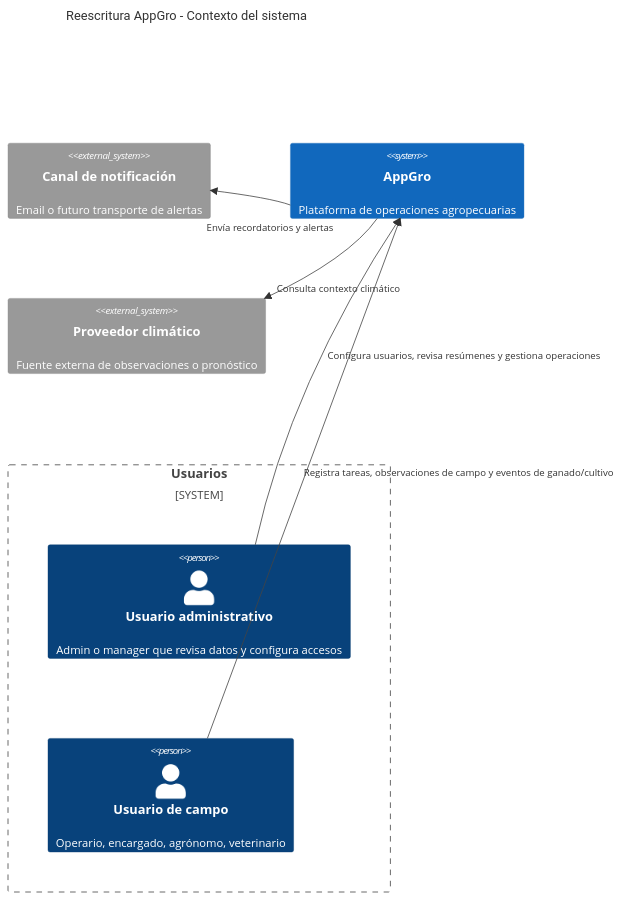
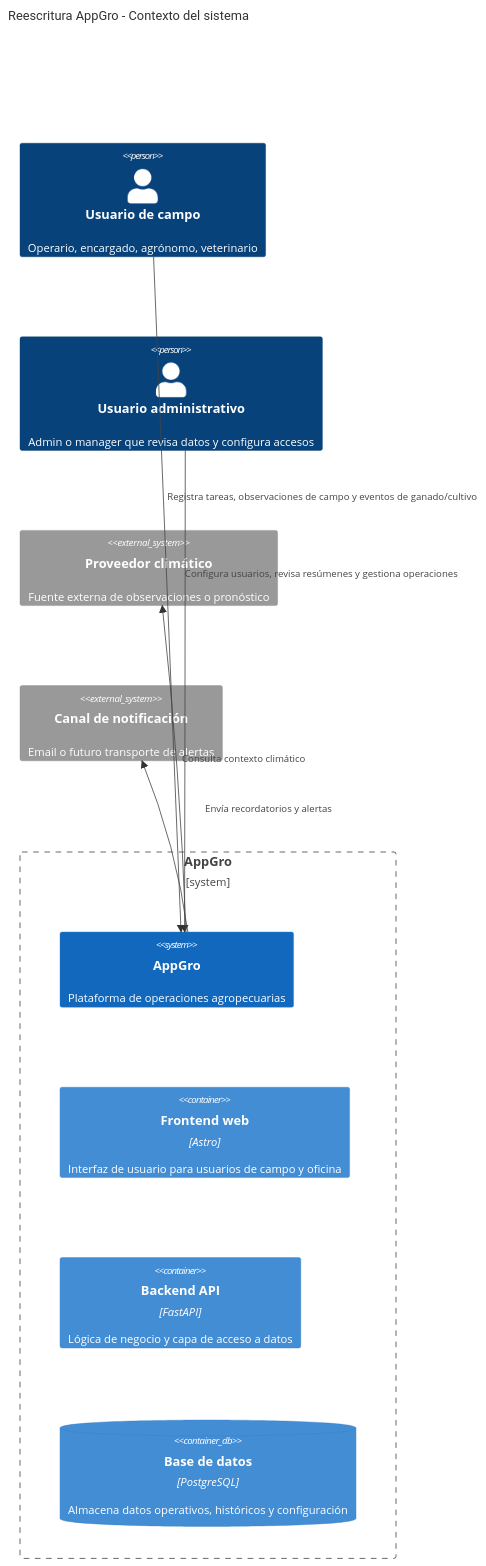
One commit to Dario849/AppGro changed the diagram in docs/architecture/system-overview.es.md. Above: the diagram before and after it, drawn with Mermaid. The commit also changed other lines of this file and 26 other files, not shown here.

````diff
--- a/docs/architecture/system-overview.es.md
+++ b/docs/architecture/system-overview.es.md
@@ -29,24 +29,28 @@
 ```mermaid
 ---
 id: 9b7276cb-3327-404c-b981-c5ab8fb8fe48
 ---
 C4Context
     title Reescritura AppGro - Contexto del sistema
 
-    System_Boundary(Usuarios,"Usuarios"){
+    Boundary(appgro,"AppGro"){
+    System(appgro, "AppGro", "Plataforma de operaciones agropecuarias")
+        Container(web, "Frontend web", "Astro", "Interfaz de usuario para usuarios de campo y oficina")
+        Container(api, "Backend API", "FastAPI", "Lógica de negocio y capa de acceso a datos")
+        ContainerDb(db, "Base de datos", "PostgreSQL", "Almacena datos operativos, históricos y configuración")
+    }
+        Person(fieldUser, "Usuario de campo", "Operario, encargado, agrónomo, veterinario")
         Person(adminUser, "Usuario administrativo", "Admin o manager que revisa datos y configura accesos")
-        Person(fieldUser, "Usuario de campo", "Operario, encargado, agrónomo, veterinario")
-    }
+    System_Ext(weather, "Proveedor climático", "Fuente externa de observaciones o pronóstico")
     System_Ext(email, "Canal de notificación", "Email o futuro transporte de alertas")
-    System(appgro, "AppGro", "Plataforma de operaciones agropecuarias")
-    System_Ext(weather, "Proveedor climático", "Fuente externa de observaciones o pronóstico")
 
     Rel(fieldUser, appgro, "Registra tareas, observaciones de campo y eventos de ganado/cultivo")
     Rel(adminUser, appgro, "Configura usuarios, revisa resúmenes y gestiona operaciones")
     Rel(appgro, weather, "Consulta contexto climático")
     Rel(appgro, email, "Envía recordatorios y alertas")
-    UpdateRelStyle(adminUser, appgro, dashed, $offsetY="-35")
-    UpdateRelStyle(fieldUser, appgro, dashed, $offsetY="-10")
-    UpdateRelStyle(appgro, weather, dashed, $offsetX="-55", $offsetY="35")
-    UpdateRelStyle(appgro, email, dashed, $offsetX="-55", $offsetY="35")
+    UpdateLayoutConfig($c4ShapeInRow="2", $c4BoundaryInRow="1")
+    UpdateRelStyle(adminUser, appgro, $offsetY="-150")
+    UpdateRelStyle(appgro, email, $offsetY="-50", $offsetX="50")
+    UpdateRelStyle(appgro, weather, $offsetY="-15", $offsetX="10")
+    UpdateRelStyle(fieldUser, appgro, $offsetY="-125")
 ```
````
